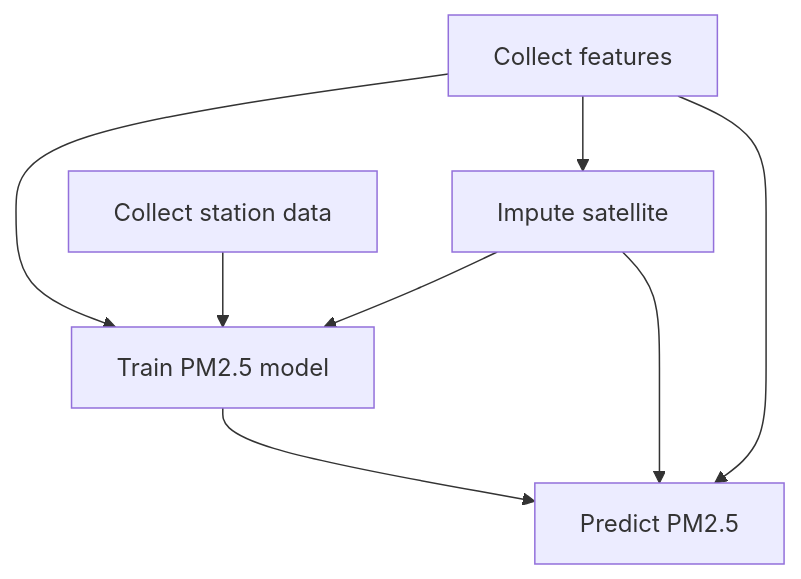
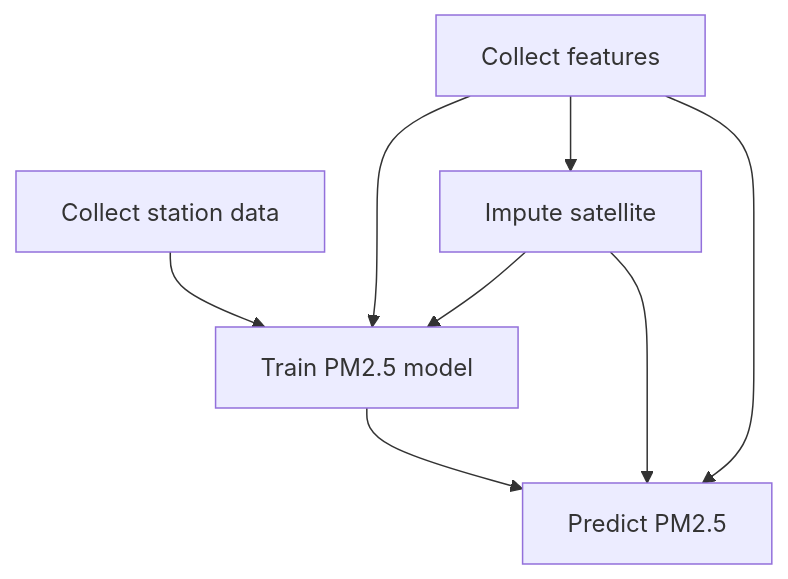
The first of 3 diagrams in README.md (energyandcleanair/india_map), drawn with Mermaid before and after one commit. The commit also changed other lines of this file, not shown here.

Commit message:
Improve diagram

````diff
--- a/README.md
+++ b/README.md
@@ -25,21 +25,21 @@
 ```mermaid
 %%{init: {"flowchart": {"htmlLabels": false}} }%%
 flowchart TB
+  collect_station_data["Collect station data"]
   collect_features["Collect features"]
   impute_satellite["Impute satellite"]
-  collect_station_data["Collect station data"]
   train_pm25_model["Train PM2.5 model"]
   predict_pm25["Predict PM2.5"]
 
   collect_features --> train_pm25_model
   collect_features --> impute_satellite
   collect_features --> predict_pm25
 
   impute_satellite --> train_pm25_model
   impute_satellite --> predict_pm25
 
   collect_station_data --> train_pm25_model
 
   train_pm25_model --> predict_pm25
 
 ```
````
